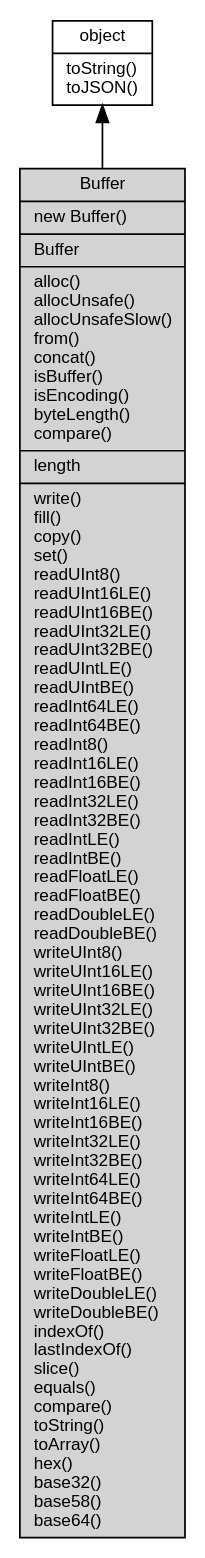
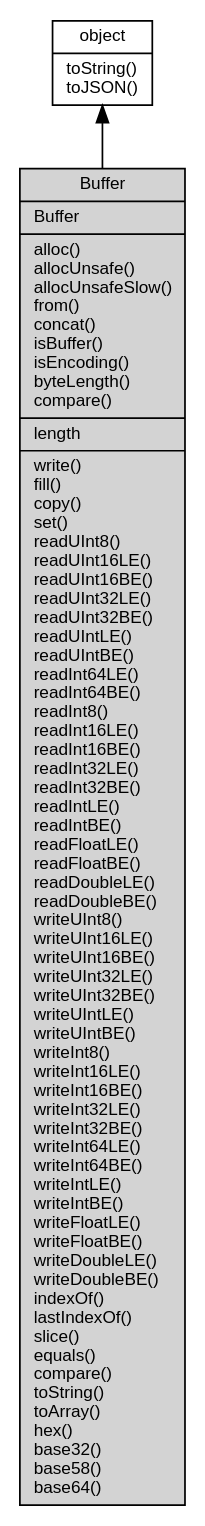
Before and after one commit to fibjs/fibjs.org: the diagram in docs/manual/object/ifs/Buffer.md, drawn with Graphviz. The commit also changed other lines of this file and 241 other files, not shown here.

````diff
--- a/docs/manual/object/ifs/Buffer.md
+++ b/docs/manual/object/ifs/Buffer.md
@@ -17,10 +99,10 @@
 ```dot
 digraph {
     node [fontname="Helvetica,sans-Serif", fontsize=10, shape="record", style="filled", fillcolor="white"];
 
     object [tooltip="object", URL="object.md", label="{object|toString()\ltoJSON()\l}"];
-    Buffer [tooltip="Buffer", fillcolor="lightgray", id="me", label="{Buffer|new Buffer()\l|Buffer\l|alloc()\lallocUnsafe()\lallocUnsafeSlow()\lfrom()\lconcat()\lisBuffer()\lisEncoding()\lbyteLength()\lcompare()\l|length\l|write()\lfill()\lcopy()\lset()\lreadUInt8()\lreadUInt16LE()\lreadUInt16BE()\lreadUInt32LE()\lreadUInt32BE()\lreadUIntLE()\lreadUIntBE()\lreadInt64LE()\lreadInt64BE()\lreadInt8()\lreadInt16LE()\lreadInt16BE()\lreadInt32LE()\lreadInt32BE()\lreadIntLE()\lreadIntBE()\lreadFloatLE()\lreadFloatBE()\lreadDoubleLE()\lreadDoubleBE()\lwriteUInt8()\lwriteUInt16LE()\lwriteUInt16BE()\lwriteUInt32LE()\lwriteUInt32BE()\lwriteUIntLE()\lwriteUIntBE()\lwriteInt8()\lwriteInt16LE()\lwriteInt16BE()\lwriteInt32LE()\lwriteInt32BE()\lwriteInt64LE()\lwriteInt64BE()\lwriteIntLE()\lwriteIntBE()\lwriteFloatLE()\lwriteFloatBE()\lwriteDoubleLE()\lwriteDoubleBE()\lindexOf()\llastIndexOf()\lslice()\lequals()\lcompare()\ltoString()\ltoArray()\lhex()\lbase32()\lbase58()\lbase64()\l}"];
+    Buffer [tooltip="Buffer", fillcolor="lightgray", id="me", label="{Buffer|Buffer\l|alloc()\lallocUnsafe()\lallocUnsafeSlow()\lfrom()\lconcat()\lisBuffer()\lisEncoding()\lbyteLength()\lcompare()\l|length\l|write()\lfill()\lcopy()\lset()\lreadUInt8()\lreadUInt16LE()\lreadUInt16BE()\lreadUInt32LE()\lreadUInt32BE()\lreadUIntLE()\lreadUIntBE()\lreadInt64LE()\lreadInt64BE()\lreadInt8()\lreadInt16LE()\lreadInt16BE()\lreadInt32LE()\lreadInt32BE()\lreadIntLE()\lreadIntBE()\lreadFloatLE()\lreadFloatBE()\lreadDoubleLE()\lreadDoubleBE()\lwriteUInt8()\lwriteUInt16LE()\lwriteUInt16BE()\lwriteUInt32LE()\lwriteUInt32BE()\lwriteUIntLE()\lwriteUIntBE()\lwriteInt8()\lwriteInt16LE()\lwriteInt16BE()\lwriteInt32LE()\lwriteInt32BE()\lwriteInt64LE()\lwriteInt64BE()\lwriteIntLE()\lwriteIntBE()\lwriteFloatLE()\lwriteFloatBE()\lwriteDoubleLE()\lwriteDoubleBE()\lindexOf()\llastIndexOf()\lslice()\lequals()\lcompare()\ltoString()\ltoArray()\lhex()\lbase32()\lbase58()\lbase64()\l}"];
 
     object -> Buffer [dir=back];
 }
 ```
````
